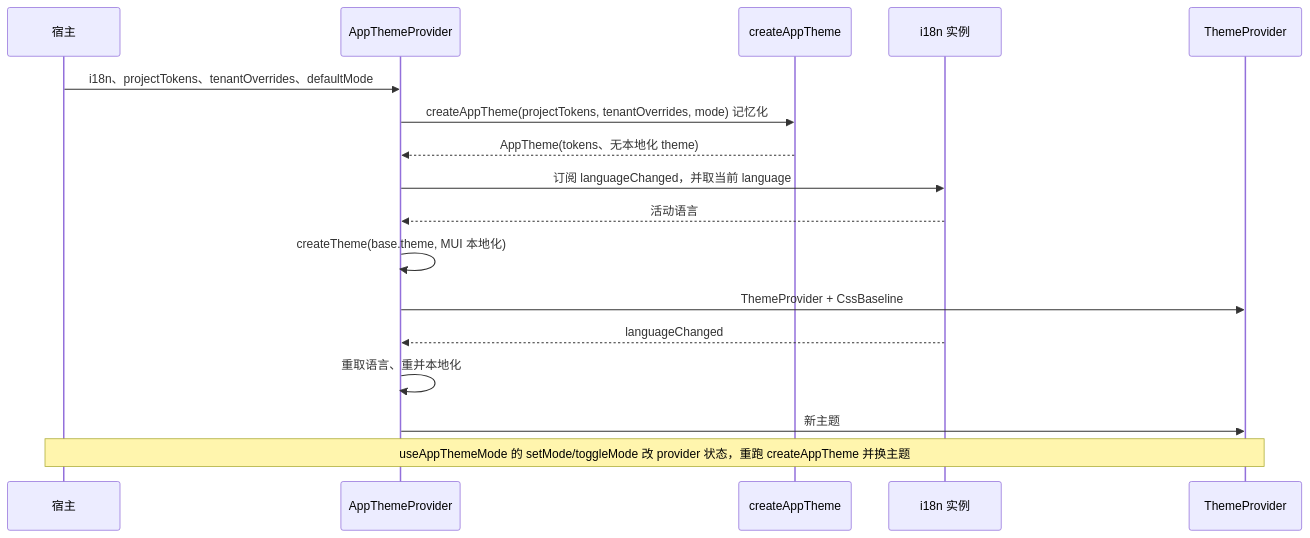
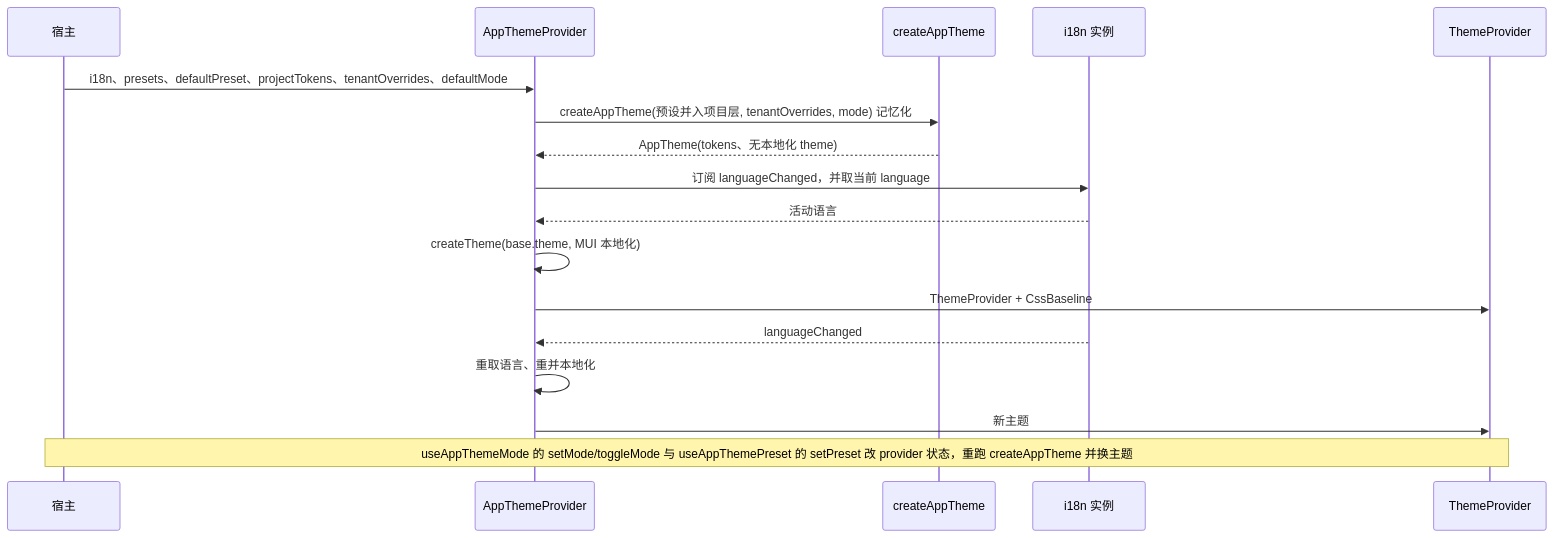
One commit to wangzw/speed changed the diagram in docs/design/modules/web/design-web-ui-kit.md. Above: the diagram before and after it, drawn with Mermaid. The commit also changed other lines of this file and 16 other files, not shown here.

First line of the commit message:
docs: record the shell layout variants and theme presets

````diff
--- a/docs/design/modules/web/design-web-ui-kit.md
+++ b/docs/design/modules/web/design-web-ui-kit.md
@@ -163,20 +176,20 @@
 ```mermaid
 sequenceDiagram
     participant Host as 宿主
     participant Provider as AppThemeProvider
     participant Factory as createAppTheme
     participant Inst as i18n 实例
     participant MUI as ThemeProvider
 
-    Host->>Provider: i18n、projectTokens、tenantOverrides、defaultMode
-    Provider->>Factory: createAppTheme(projectTokens, tenantOverrides, mode) 记忆化
+    Host->>Provider: i18n、presets、defaultPreset、projectTokens、tenantOverrides、defaultMode
+    Provider->>Factory: createAppTheme(预设并入项目层, tenantOverrides, mode) 记忆化
     Factory-->>Provider: AppTheme(tokens、无本地化 theme)
     Provider->>Inst: 订阅 languageChanged，并取当前 language
     Inst-->>Provider: 活动语言
     Provider->>Provider: createTheme(base.theme, MUI 本地化)
     Provider->>MUI: ThemeProvider + CssBaseline
     Inst-->>Provider: languageChanged
     Provider->>Provider: 重取语言、重并本地化
     Provider->>MUI: 新主题
-    Note over Host,MUI: useAppThemeMode 的 setMode/toggleMode 改 provider 状态，重跑 createAppTheme 并换主题
+    Note over Host,MUI: useAppThemeMode 的 setMode/toggleMode 与 useAppThemePreset 的 setPreset 改 provider 状态，重跑 createAppTheme 并换主题
 ```
````
